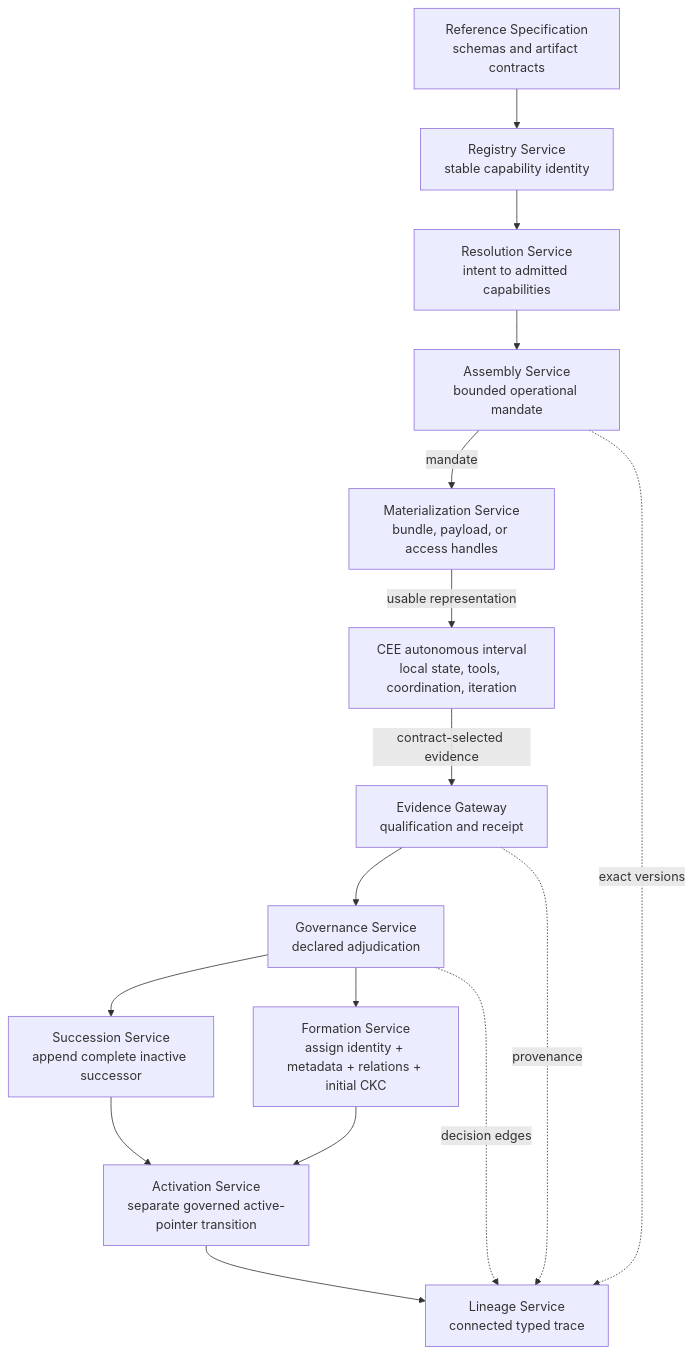
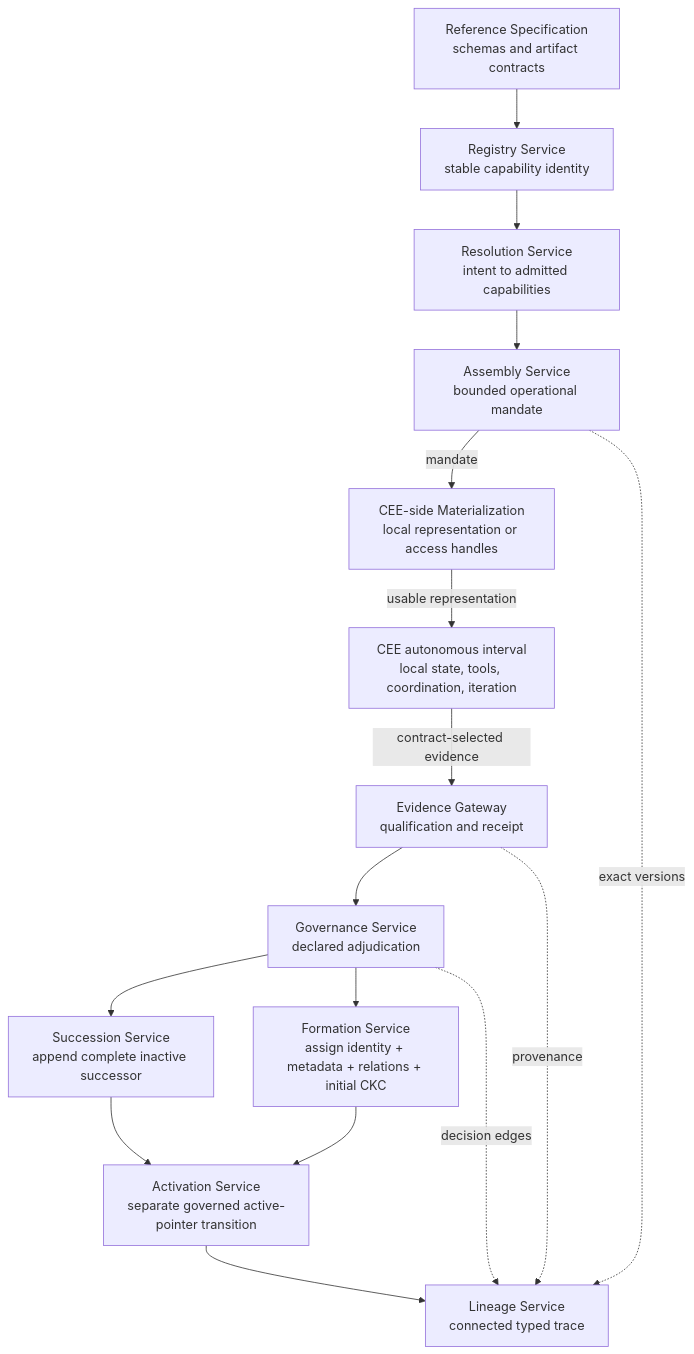
One commit to mgarralda/knowledge-centric-ai changed the diagram in papers/institutional-capability-lineages/reference-implementation/ARCHITECTURE.md. Above: the diagram before and after it, drawn with Mermaid. The commit also changed other lines of this file and 15 other files, not shown here.

````diff
--- a/papers/institutional-capability-lineages/reference-implementation/ARCHITECTURE.md
+++ b/papers/institutional-capability-lineages/reference-implementation/ARCHITECTURE.md
@@ -18,32 +18,32 @@
 ```mermaid
 flowchart TD
     SPEC["Reference Specification<br/>schemas and artifact contracts"]
     REG["Registry Service<br/>stable capability identity"]
     RES["Resolution Service<br/>intent to admitted capabilities"]
     ASM["Assembly Service<br/>bounded operational mandate"]
-    MAT["Materialization Service<br/>bundle, payload, or access handles"]
+    MAT["CEE-side Materialization<br/>local representation or access handles"]
     CEE["CEE autonomous interval<br/>local state, tools, coordination, iteration"]
     EVD["Evidence Gateway<br/>qualification and receipt"]
     GOV["Governance Service<br/>declared adjudication"]
     SUC["Succession Service<br/>append complete inactive successor"]
     FORM["Formation Service<br/>assign identity + metadata + relations + initial CKC"]
     ACT["Activation Service<br/>separate governed active-pointer transition"]
     LIN["Lineage Service<br/>connected typed trace"]
 
     SPEC --> REG
     REG --> RES
     RES --> ASM
     ASM -->|"mandate"| MAT
     MAT -->|"usable representation"| CEE
     CEE -->|"contract-selected evidence"| EVD
     EVD --> GOV
     GOV --> SUC
     SUC --> ACT
     GOV --> FORM
     FORM --> ACT
     ACT --> LIN
 
     ASM -. "exact versions" .-> LIN
     EVD -. "provenance" .-> LIN
     GOV -. "decision edges" .-> LIN
 ```
````
